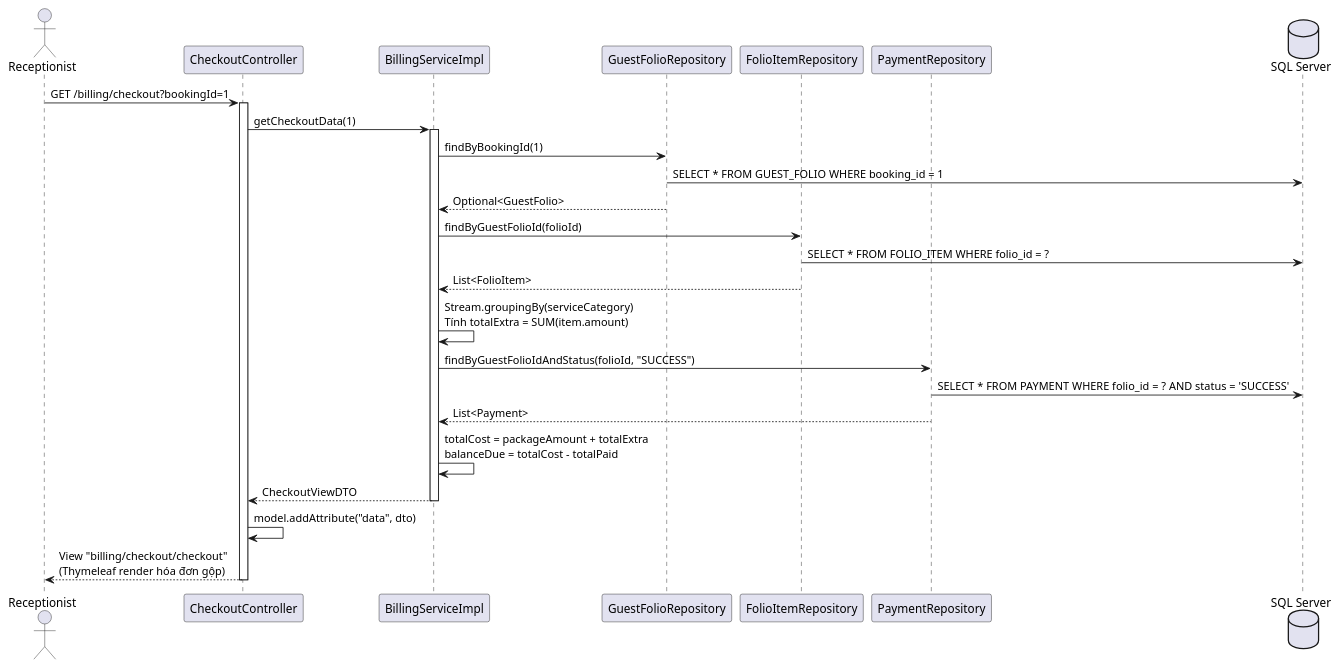
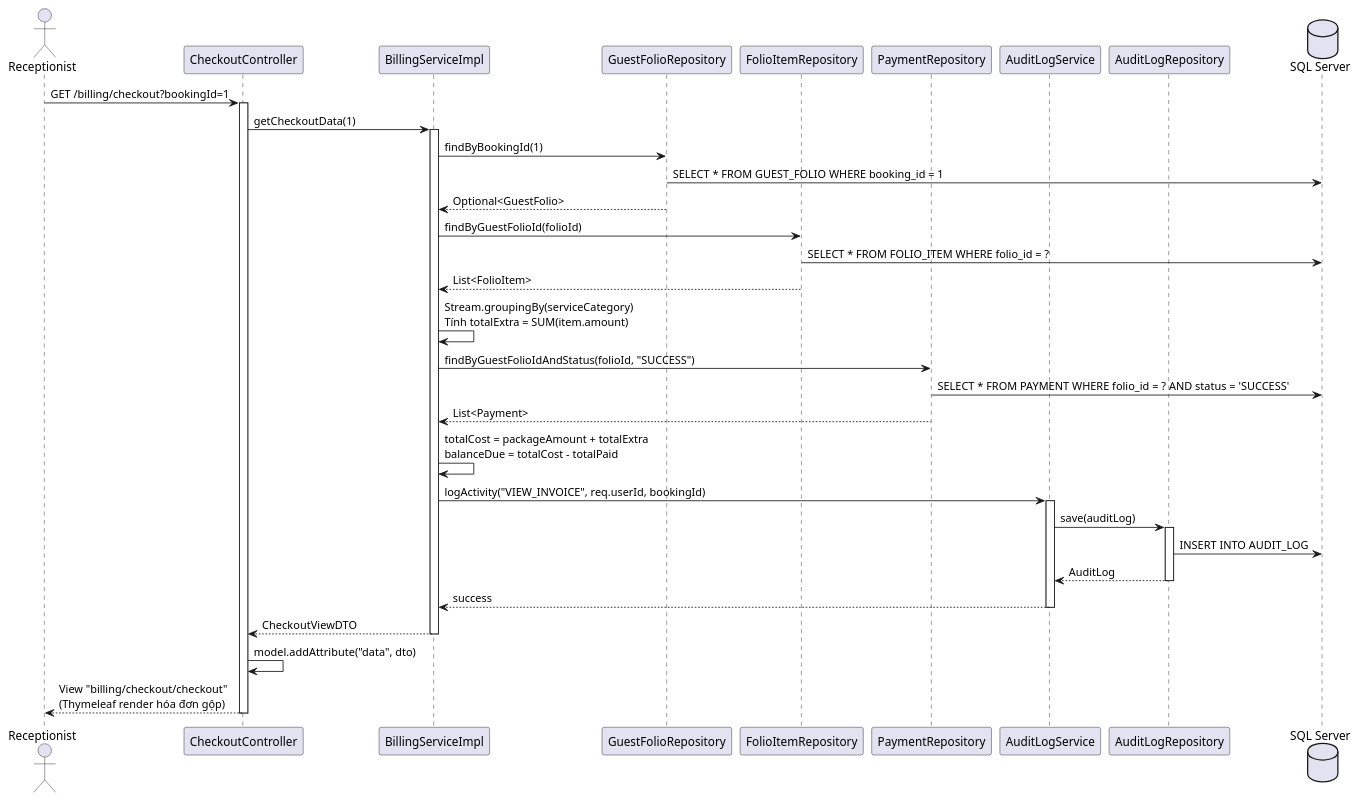
The second of 3 diagrams in 04_Implement/Module5/UC21/UC21_EDS_Consolidated_Invoice.md (danhdac36/xoai-aura-retreat), drawn with PlantUML before and after one commit. The commit also changed other lines of this file and 5 other files, not shown here.

````diff
--- a/04_Implement/Module5/UC21/UC21_EDS_Consolidated_Invoice.md
+++ b/04_Implement/Module5/UC21/UC21_EDS_Consolidated_Invoice.md
@@ -271,40 +309,52 @@
 ```plantuml
 @startuml
 actor "Receptionist" as User
 participant "CheckoutController" as Controller
 participant "BillingServiceImpl" as Service
 participant "GuestFolioRepository" as FolioRepo
 participant "FolioItemRepository" as ItemRepo
 participant "PaymentRepository" as PayRepo
+participant "AuditLogService" as AuditService
+participant "AuditLogRepository" as AuditRepo
 database "SQL Server" as DB
 
 User -> Controller: GET /billing/checkout?bookingId=1
 activate Controller
 
 Controller -> Service: getCheckoutData(1)
 activate Service
 
 Service -> FolioRepo: findByBookingId(1)
 FolioRepo -> DB: SELECT * FROM GUEST_FOLIO WHERE booking_id = 1
 FolioRepo --> Service: Optional<GuestFolio>
 
 Service -> ItemRepo: findByGuestFolioId(folioId)
 ItemRepo -> DB: SELECT * FROM FOLIO_ITEM WHERE folio_id = ?
 ItemRepo --> Service: List<FolioItem>
 
 Service -> Service: Stream.groupingBy(serviceCategory)\nTính totalExtra = SUM(item.amount)
 
 Service -> PayRepo: findByGuestFolioIdAndStatus(folioId, "SUCCESS")
 PayRepo -> DB: SELECT * FROM PAYMENT WHERE folio_id = ? AND status = 'SUCCESS'
 PayRepo --> Service: List<Payment>
 
 Service -> Service: totalCost = packageAmount + totalExtra\nbalanceDue = totalCost - totalPaid
 
+Service -> AuditService: logActivity("VIEW_INVOICE", req.userId, bookingId)
+activate AuditService
+AuditService -> AuditRepo: save(auditLog)
+activate AuditRepo
+AuditRepo -> DB: INSERT INTO AUDIT_LOG
+AuditRepo --> AuditService: AuditLog
+deactivate AuditRepo
+AuditService --> Service: success
+deactivate AuditService
+
 Service --> Controller: CheckoutViewDTO
 deactivate Service
 
 Controller -> Controller: model.addAttribute("data", dto)
 Controller --> User: View "billing/checkout/checkout"\n(Thymeleaf render hóa đơn gộp)
 deactivate Controller
 @enduml
 ```
````
